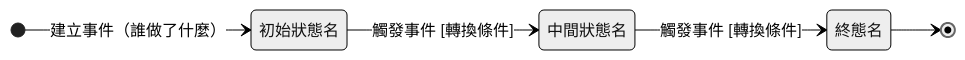
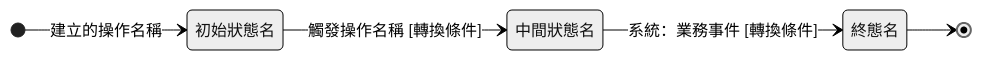
Before and after one commit to Kawato-Miles/erp-spec: the diagram in memory/Sens_wiki/wiki/範本/範本 - 狀態機.md, drawn with Mermaid (neutral theme). The commit also changed other lines of this file and 22 other files, not shown here.

````diff
--- a/memory/Sens_wiki/wiki/範本/範本 - 狀態機.md
+++ b/memory/Sens_wiki/wiki/範本/範本 - 狀態機.md
@@ -36,16 +36,16 @@
 ```mermaid
 %% 狀態顯示名與狀態列舉一字不差；別名 s1/s2 自行改成語意名
 stateDiagram-v2
     direction LR
 
-    [*] --> s1 : 建立事件（誰做了什麼）
+    [*] --> s1 : 建立的操作名稱
 
     state "初始狀態名" as s1
     state "中間狀態名" as s2
     state "終態名" as s3
 
-    s1 --> s2 : 觸發事件 [轉換條件]
-    s2 --> s3 : 觸發事件 [轉換條件]
+    s1 --> s2 : 觸發操作名稱 [轉換條件]
+    s2 --> s3 : 系統：業務事件 [轉換條件]
 
     s3 --> [*]
 ```
````
